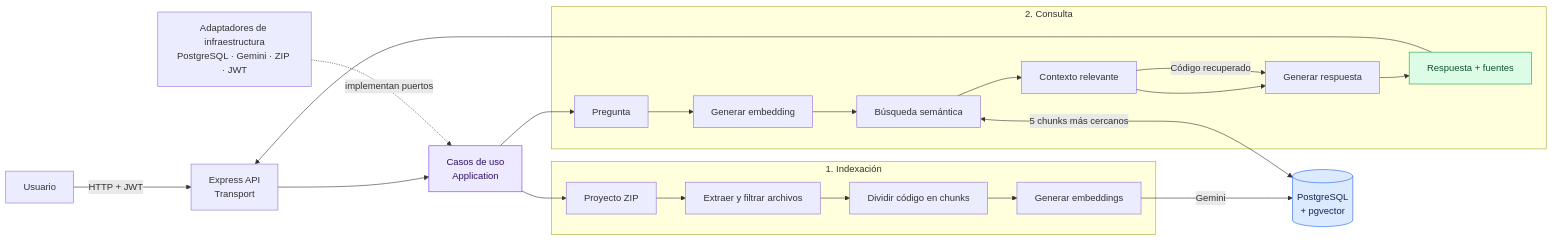
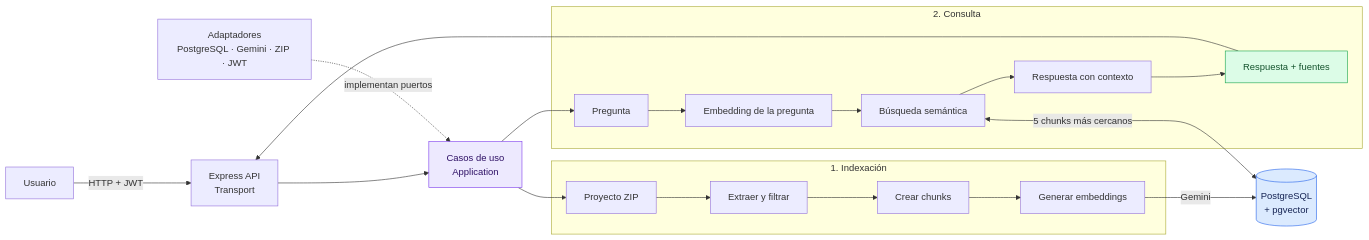
Before and after one commit to Calitos10/DevMind: the diagram in README.md, drawn with Mermaid. The commit also changed other lines of this file and 1 other file, not shown here.

````diff
--- a/README.md
+++ b/README.md
@@ -621,35 +26,33 @@
 ```mermaid
 flowchart LR
     U[Usuario] -->|HTTP + JWT| API[Express API<br/>Transport]
     API --> UC[Casos de uso<br/>Application]
 
     subgraph IDX[1. Indexación]
-        ZIP[Proyecto ZIP] --> EXT[Extraer y filtrar archivos]
-        EXT --> CHUNK[Dividir código en chunks]
+        ZIP[Proyecto ZIP] --> EXT[Extraer y filtrar]
+        EXT --> CHUNK[Crear chunks]
         CHUNK --> EMB1[Generar embeddings]
     end
 
     subgraph ASK[2. Consulta]
-        Q[Pregunta] --> EMB2[Generar embedding]
+        Q[Pregunta] --> EMB2[Embedding de la pregunta]
         EMB2 --> SEARCH[Búsqueda semántica]
-        SEARCH --> CONTEXT[Contexto relevante]
-        CONTEXT --> LLM[Generar respuesta]
+        SEARCH --> LLM[Respuesta con contexto]
         LLM --> OUT[Respuesta + fuentes]
     end
 
     UC --> ZIP
     UC --> Q
-    EMB1 -->|Gemini| VECTOR[(PostgreSQL<br/>+ pgvector)]
-    SEARCH <-->|5 chunks más cercanos| VECTOR
-    CONTEXT -->|Código recuperado| LLM
+    EMB1 -->|Gemini| DB[(PostgreSQL<br/>+ pgvector)]
+    SEARCH <-->|5 chunks más cercanos| DB
     OUT --> API
 
-    ADAPTERS[Adaptadores de infraestructura<br/>PostgreSQL · Gemini · ZIP · JWT] -. implementan puertos .-> UC
+    ADAPTERS[Adaptadores<br/>PostgreSQL · Gemini · ZIP · JWT] -. implementan puertos .-> UC
 
     classDef core fill:#ede9fe,stroke:#7c3aed,color:#2e1065
     classDef storage fill:#dbeafe,stroke:#2563eb,color:#172554
     classDef output fill:#dcfce7,stroke:#16a34a,color:#14532d
     class UC core
-    class VECTOR storage
+    class DB storage
     class OUT output
 ```
````
